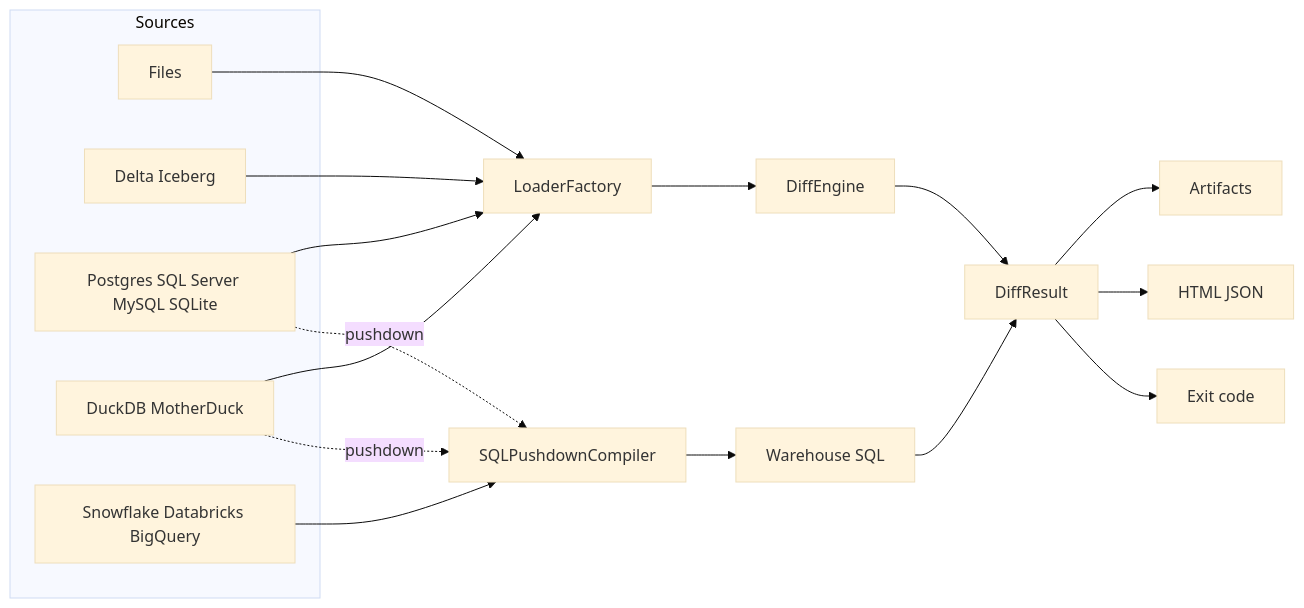
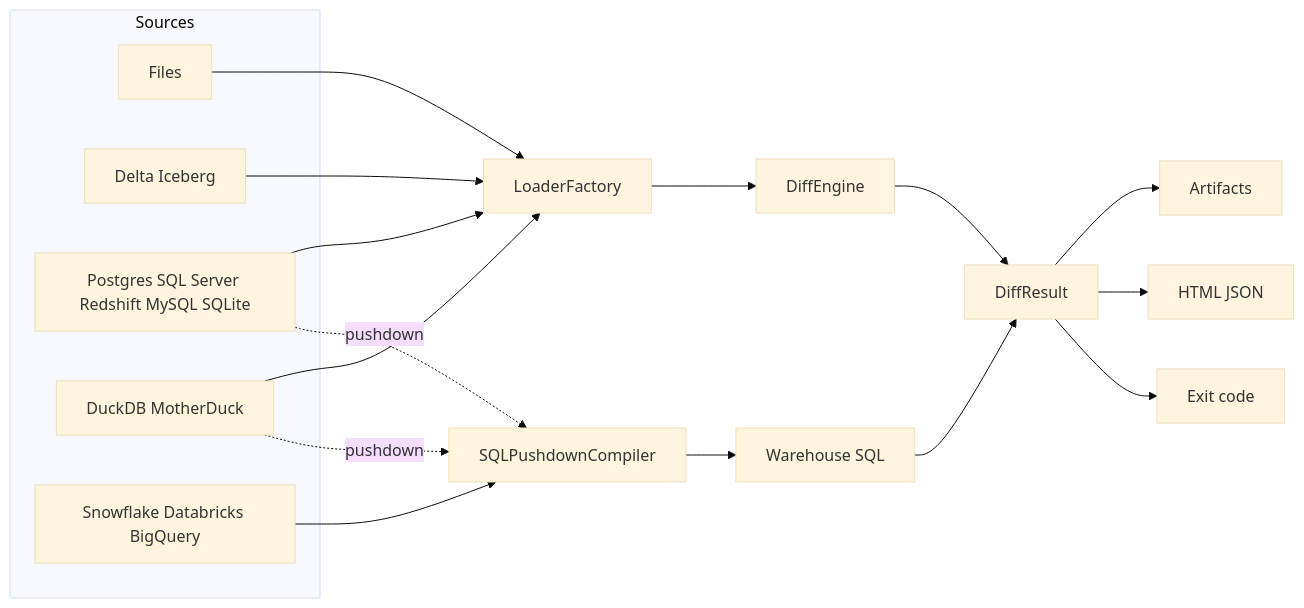
The diagram in docs/index.md (Veridelta/veridelta), drawn with Mermaid (base theme) before and after one commit. The commit also changed other lines of this file and 59 other files, not shown here.

````diff
--- a/docs/index.md
+++ b/docs/index.md
@@ -79,24 +79,24 @@
 ```mermaid
 flowchart LR
   subgraph sources [Sources]
     files[Files]
     lakehouse[Delta Iceberg]
-    databases[Postgres SQL Server MySQL SQLite]
+    databases[Postgres SQL Server Redshift MySQL SQLite]
     duckdb[DuckDB MotherDuck]
     warehouse[Snowflake Databricks BigQuery]
   end
   files --> loader[LoaderFactory]
   lakehouse --> loader
   databases --> loader
   duckdb --> loader
   warehouse --> compiler[SQLPushdownCompiler]
   databases -. pushdown .-> compiler
   duckdb -. pushdown .-> compiler
   loader --> engine["DiffEngine"]
   engine --> result[DiffResult]
   compiler --> warehouseSql[Warehouse SQL]
   warehouseSql --> result
   result --> artifacts[Artifacts]
   result --> reports["HTML JSON"]
   result --> exitCode[Exit code]
 ```
````
